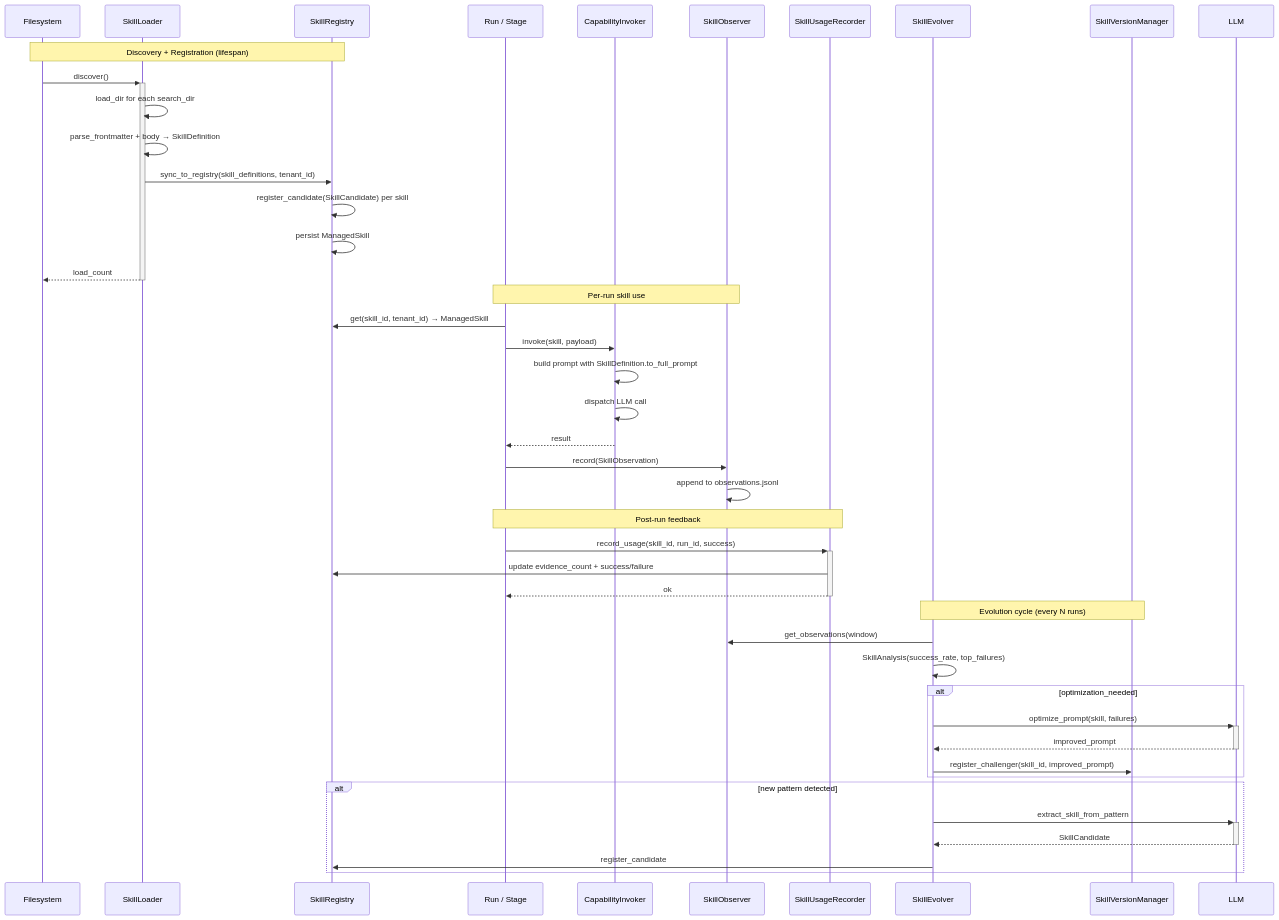
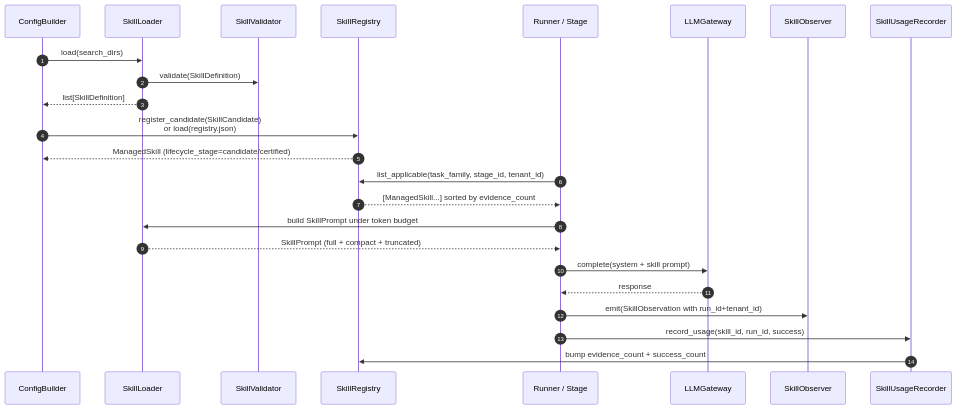
One commit to chaosxingxc-orion/hi-agent changed the third of 3 diagrams in hi_agent/skill/ARCHITECTURE.md. Above: the diagram before and after it, drawn with Mermaid. The commit also changed other lines of this file and 25 other files, not shown here.

First line of the commit message:
[W35-corrective] Refresh ARCHITECTURE.md hierarchy + add missing READMEs

````diff
--- a/hi_agent/skill/ARCHITECTURE.md
+++ b/hi_agent/skill/ARCHITECTURE.md
@@ -102,49 +136,26 @@
 ```mermaid
 sequenceDiagram
-    participant FS as Filesystem
+    autonumber
+    participant CB as ConfigBuilder
     participant SL as SkillLoader
+    participant SV as SkillValidator
     participant SR as SkillRegistry
-    participant Run as Run / Stage
-    participant CI as CapabilityInvoker
-    participant Obs as SkillObserver
-    participant Rec as SkillUsageRecorder
-    participant EV as SkillEvolver
-    participant VM as SkillVersionManager
-
-    Note over FS,SR: Discovery + Registration (lifespan)
-    FS->>+SL: discover()
-    SL->>SL: load_dir for each search_dir
-    SL->>SL: parse_frontmatter + body → SkillDefinition
-    SL->>SR: sync_to_registry(skill_definitions, tenant_id)
-    SR->>SR: register_candidate(SkillCandidate) per skill
-    SR->>SR: persist ManagedSkill
-    SL-->>-FS: load_count
-
-    Note over Run,Obs: Per-run skill use
-    Run->>SR: get(skill_id, tenant_id) → ManagedSkill
-    Run->>CI: invoke(skill, payload)
-    CI->>CI: build prompt with SkillDefinition.to_full_prompt
-    CI->>CI: dispatch LLM call
-    CI-->>Run: result
-    Run->>Obs: record(SkillObservation)
-    Obs->>Obs: append to observations.jsonl
-
-    Note over Run,Rec: Post-run feedback
-    Run->>+Rec: record_usage(skill_id, run_id, success)
-    Rec->>SR: update evidence_count + success/failure
-    Rec-->>-Run: ok
-
-    Note over EV,VM: Evolution cycle (every N runs)
-    EV->>Obs: get_observations(window)
-    EV->>EV: SkillAnalysis(success_rate, top_failures)
-    alt optimization_needed
-        EV->>+LLM: optimize_prompt(skill, failures)
-        LLM-->>-EV: improved_prompt
-        EV->>VM: register_challenger(skill_id, improved_prompt)
-    end
-    alt new pattern detected
-        EV->>+LLM: extract_skill_from_pattern
-        LLM-->>-EV: SkillCandidate
-        EV->>SR: register_candidate
-    end
+    participant Run as Runner / Stage
+    participant LLM as LLMGateway
+    participant SO as SkillObserver
+    participant SUR as SkillUsageRecorder
+    CB->>SL: load(search_dirs)
+    SL->>SV: validate(SkillDefinition)
+    SL-->>CB: list[SkillDefinition]
+    CB->>SR: register_candidate(SkillCandidate)<br/>or load(registry.json)
+    SR-->>CB: ManagedSkill (lifecycle_stage=candidate/certified)
+    Run->>SR: list_applicable(task_family, stage_id, tenant_id)
+    SR-->>Run: [ManagedSkill...] sorted by evidence_count
+    Run->>SL: build SkillPrompt under token budget
+    SL-->>Run: SkillPrompt (full + compact + truncated)
+    Run->>LLM: complete(system + skill prompt)
+    LLM-->>Run: response
+    Run->>SO: emit(SkillObservation with run_id+tenant_id)
+    Run->>SUR: record_usage(skill_id, run_id, success)
+    SUR->>SR: bump evidence_count + success_count
 ```
````
